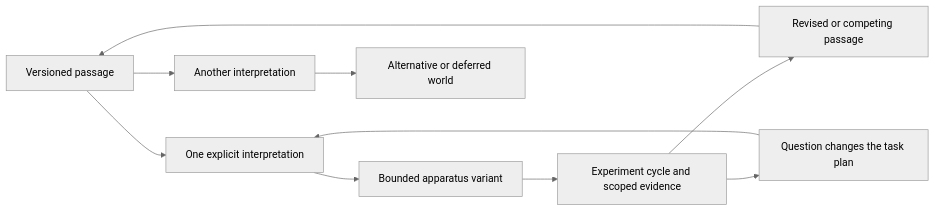
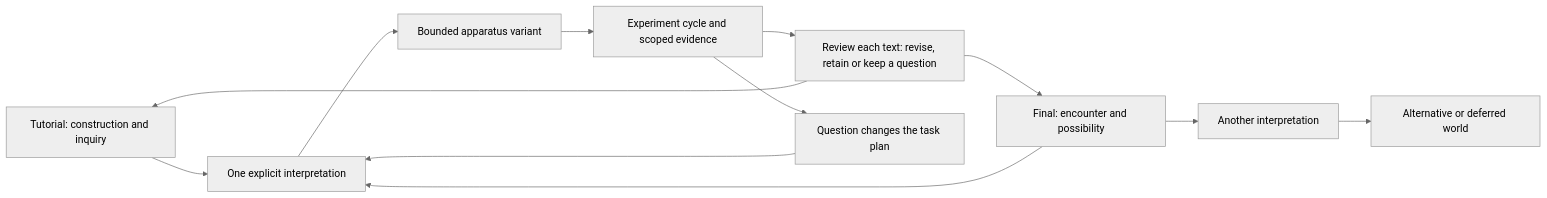
One commit to palletorsson/AdaResearch changed the diagram in doc/book/course/randomness-research-2026-10-14/TEXT_SIMULATION.md. Above: the diagram before and after it, drawn with Mermaid (neutral theme). The commit also changed other lines of this file and 69 other files, not shown here.

Commit message:
docs: make tutorial and final drive the research loop

````diff
--- a/doc/book/course/randomness-research-2026-10-14/TEXT_SIMULATION.md
+++ b/doc/book/course/randomness-research-2026-10-14/TEXT_SIMULATION.md
@@ -11,12 +11,14 @@
 ```mermaid
 flowchart LR
-    P[Versioned passage] --> I[One explicit interpretation]
+    T[Tutorial: construction and inquiry] --> I[One explicit interpretation]
+    P[Final: encounter and possibility] --> I
     I --> A[Bounded apparatus variant]
     A --> E[Experiment cycle and scoped evidence]
-    E --> R[Revised or competing passage]
+    E --> R[Review each text: revise, retain or keep a question]
     R --> P
+    R --> T
     E --> Q[Question changes the task plan]
     Q --> I
     P --> I2[Another interpretation]
     I2 --> A2[Alternative or deferred world]
 ```
````
